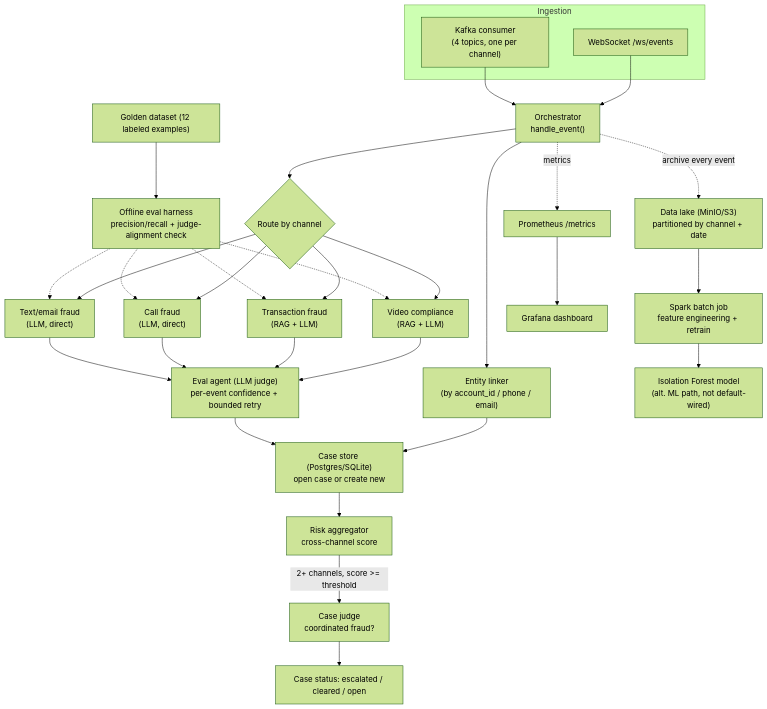
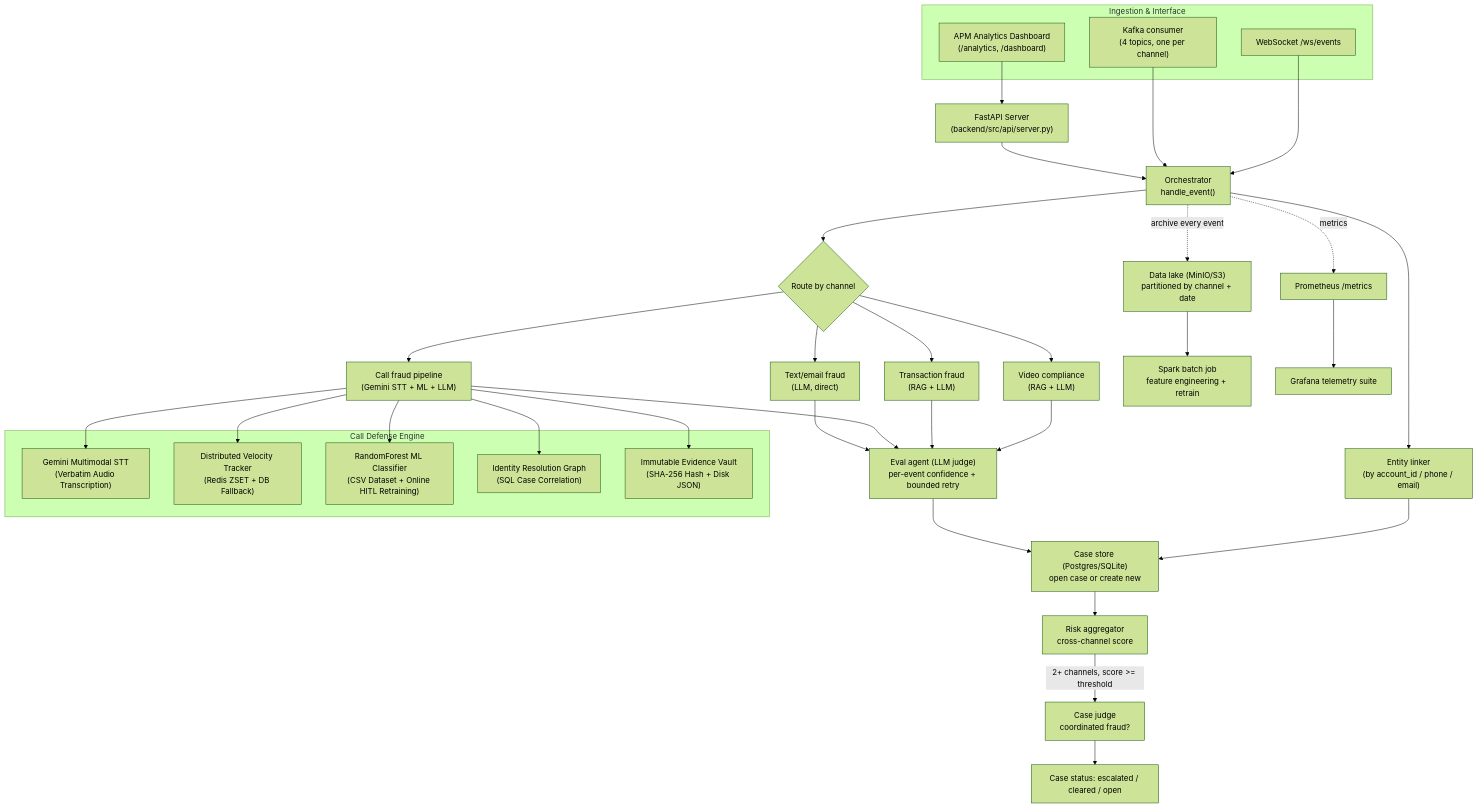
Before and after one commit to ankushsingh003/BotoCop: the diagram in README.md, drawn with Mermaid (forest theme). The commit also changed other lines of this file, not shown here.

Commit message:
docs(readme): update system architecture and component breakdown to detail APM analytics dashboard, Gemini STT, Redis velocity, empirical ML, and immutable Evidence Vault

````diff
--- a/README.md
+++ b/README.md
@@ -17,35 +11,44 @@
 ```mermaid
 flowchart TB
-    subgraph Ingestion
+    subgraph Ingestion & Interface
+        UI["APM Analytics Dashboard<br/>(/analytics, /dashboard)"]
         WS["WebSocket /ws/events"]
         KAFKA["Kafka consumer<br/>(4 topics, one per channel)"]
     end
 
+    UI --> REST["FastAPI Server<br/>(backend/src/api/server.py)"]
     WS --> ORCH
     KAFKA --> ORCH
+    REST --> ORCH
 
     ORCH["Orchestrator<br/>handle_event()"] --> LINK["Entity linker<br/>(by account_id / phone / email)"]
     LINK --> CASE["Case store (Postgres/SQLite)<br/>open case or create new"]
 
     ORCH --> PIPE{Route by channel}
     PIPE --> P1["Video compliance<br/>(RAG + LLM)"]
     PIPE --> P2["Transaction fraud<br/>(RAG + LLM)"]
-    PIPE --> P3["Call fraud<br/>(LLM, direct)"]
+    PIPE --> P3["Call fraud pipeline<br/>(Gemini STT + ML + LLM)"]
     PIPE --> P4["Text/email fraud<br/>(LLM, direct)"]
+
+    subgraph Call Defense Engine
+        STT["Gemini Multimodal STT<br/>(Verbatim Audio Transcription)"]
+        VEL["Distributed Velocity Tracker<br/>(Redis ZSET + DB Fallback)"]
+        ML["RandomForest ML Classifier<br/>(CSV Dataset + Online HITL Retraining)"]
+        GRAPH["Identity Resolution Graph<br/>(SQL Case Correlation)"]
+        VAULT["Immutable Evidence Vault<br/>(SHA-256 Hash + Disk JSON)"]
+    end
+
+    P3 --> STT & VEL & ML & GRAPH & VAULT
 
     P1 & P2 & P3 & P4 --> EVAL["Eval agent (LLM judge)<br/>per-event confidence + bounded retry"]
     EVAL --> CASE
     CASE --> AGG["Risk aggregator<br/>cross-channel score"]
     AGG -->|"2+ channels, score >= threshold"| JUDGE["Case judge<br/>coordinated fraud?"]
     JUDGE --> STATUS["Case status: escalated / cleared / open"]
 
     ORCH -.->|"archive every event"| LAKE["Data lake (MinIO/S3)<br/>partitioned by channel + date"]
     LAKE --> SPARK["Spark batch job<br/>feature engineering + retrain"]
-    SPARK --> MODEL["Isolation Forest model<br/>(alt. ML path, not default-wired)"]
 
     ORCH -.->|metrics| PROM["Prometheus /metrics"]
-    PROM --> GRAF["Grafana dashboard"]
-
-    GOLDEN["Golden dataset (12 labeled examples)"] --> EVALHARNESS["Offline eval harness<br/>precision/recall + judge-alignment check"]
-    EVALHARNESS -.-> P1 & P2 & P3 & P4
+    PROM --> GRAF["Grafana telemetry suite"]
 ```
````
